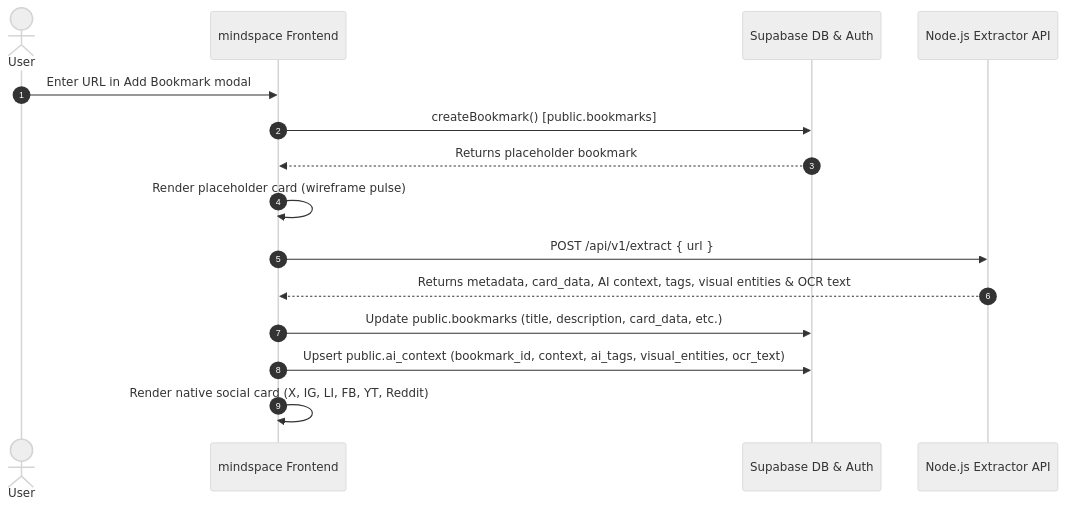
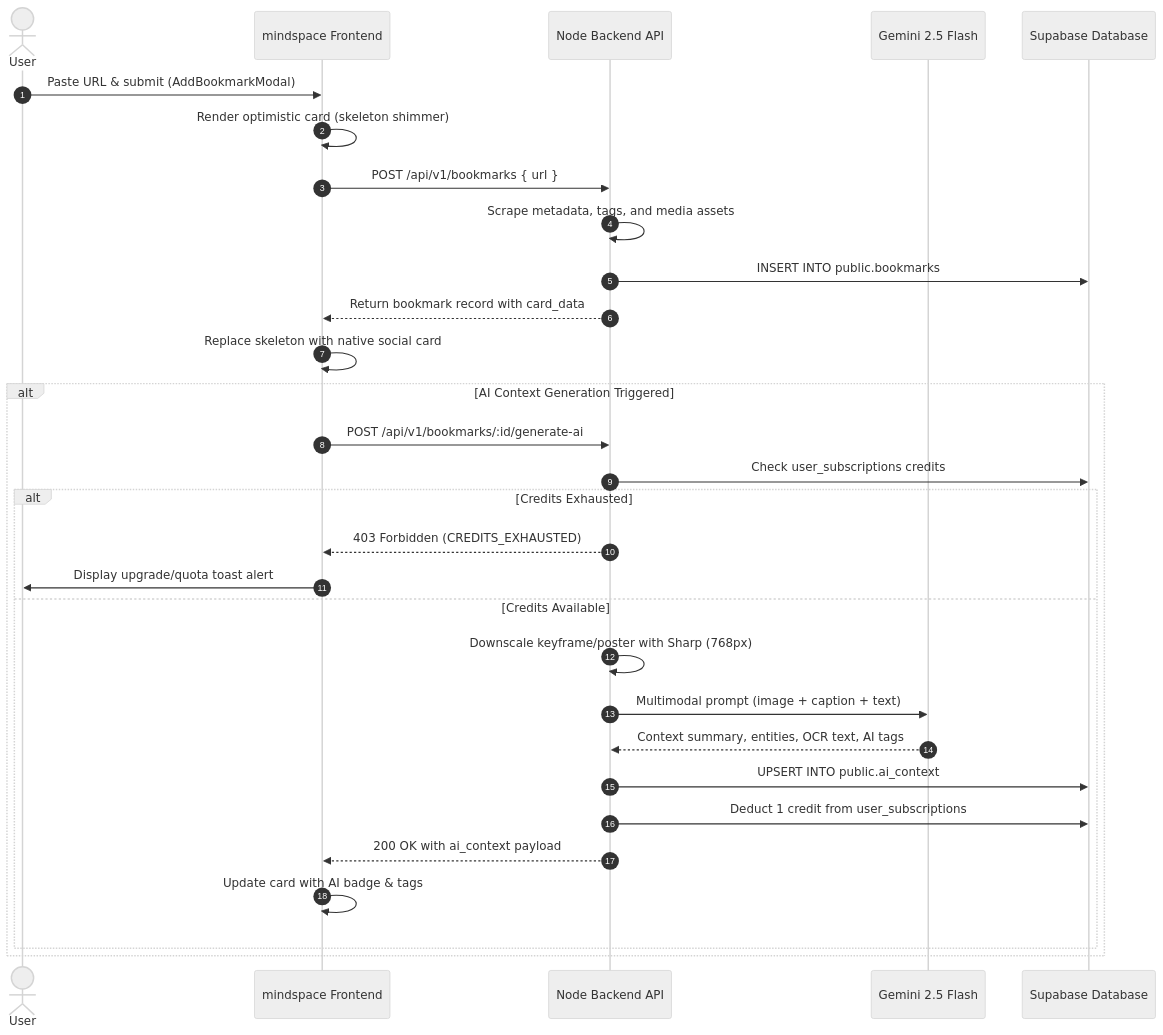
One commit to vaddadi-abhishek/Tagger_Web changed the second of 3 diagrams in README.md. Above: the diagram before and after it, drawn with Mermaid (neutral theme). The commit also changed other lines of this file and 21 other files, not shown here.

````diff
--- a/README.md
+++ b/README.md
@@ -174,20 +188,35 @@
 ```mermaid
 sequenceDiagram
     autonumber
     actor User
     participant Frontend as mindspace Frontend
-    participant Supabase as Supabase DB & Auth
-    participant Backend as Node.js Extractor API
+    participant Backend as Node Backend API
+    participant Gemini as Gemini 2.5 Flash
+    participant Supabase as Supabase Database
 
-    User->>Frontend: Enter URL in Add Bookmark modal
-    Frontend->>Supabase: createBookmark() [public.bookmarks]
-    Supabase-->>Frontend: Returns placeholder bookmark
-    Frontend->>Frontend: Render placeholder card (wireframe pulse)
+    User->>Frontend: Paste URL & submit (AddBookmarkModal)
+    Frontend->>Frontend: Render optimistic card (skeleton shimmer)
+    Frontend->>Backend: POST /api/v1/bookmarks { url }
+    
+    Backend->>Backend: Scrape metadata, tags, and media assets
+    Backend->>Supabase: INSERT INTO public.bookmarks
+    Backend-->>Frontend: Return bookmark record with card_data
+    Frontend->>Frontend: Replace skeleton with native social card
 
-    Frontend->>Backend: POST /api/v1/extract { url }
-    Backend-->>Frontend: Returns metadata, card_data, AI context, tags, visual entities & OCR text
-
-    Frontend->>Supabase: Update public.bookmarks (title, description, card_data, etc.)
-    Frontend->>Supabase: Upsert public.ai_context (bookmark_id, context, ai_tags, visual_entities, ocr_text)
-    Frontend->>Frontend: Render native social card (X, IG, LI, FB, YT, Reddit)
+    alt AI Context Generation Triggered
+        Frontend->>Backend: POST /api/v1/bookmarks/:id/generate-ai
+        Backend->>Supabase: Check user_subscriptions credits
+        alt Credits Exhausted
+            Backend-->>Frontend: 403 Forbidden (CREDITS_EXHAUSTED)
+            Frontend->>User: Display upgrade/quota toast alert
+        else Credits Available
+            Backend->>Backend: Downscale keyframe/poster with Sharp (768px)
+            Backend->>Gemini: Multimodal prompt (image + caption + text)
+            Gemini-->>Backend: Context summary, entities, OCR text, AI tags
+            Backend->>Supabase: UPSERT INTO public.ai_context
+            Backend->>Supabase: Deduct 1 credit from user_subscriptions
+            Backend-->>Frontend: 200 OK with ai_context payload
+            Frontend->>Frontend: Update card with AI badge & tags
+        end
+    end
 ```
````
